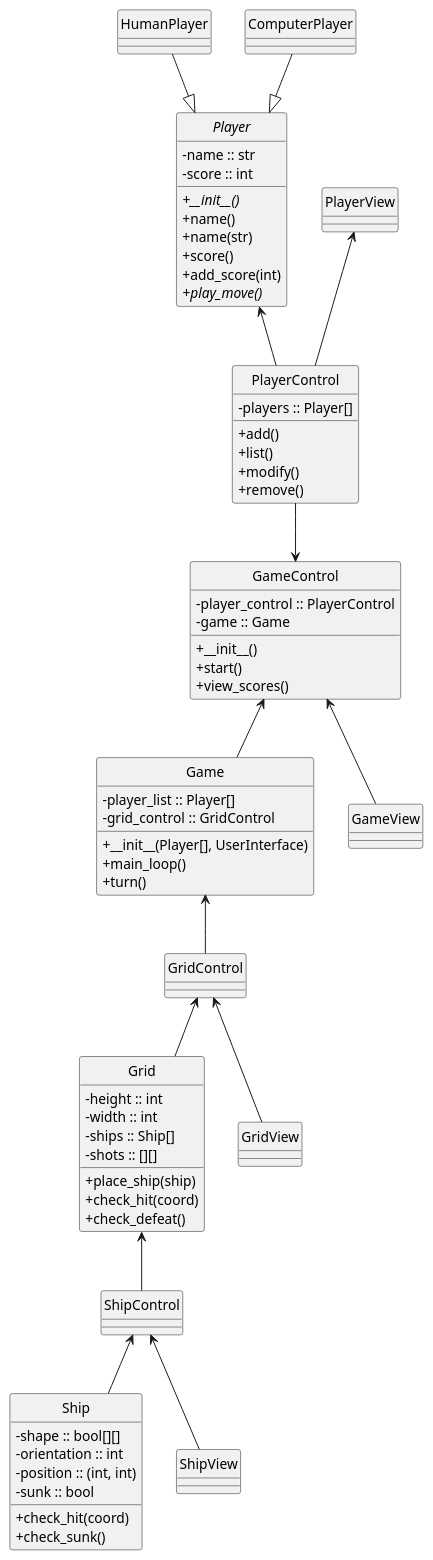
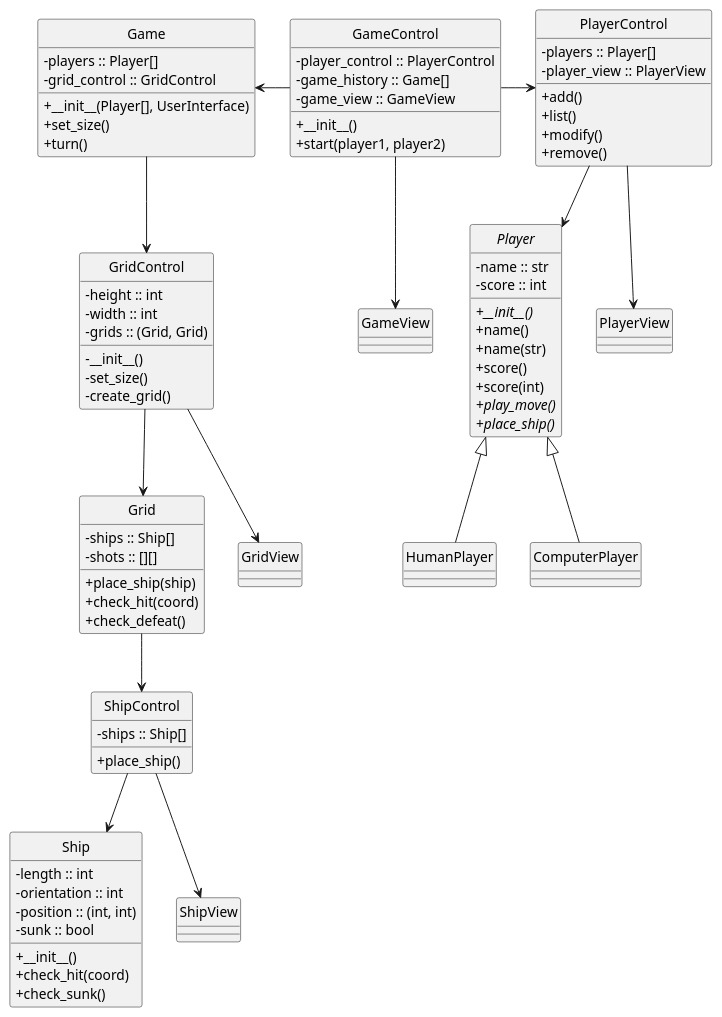
The diagram in uml_diagram.puml (leoniro/battleship), drawn with PlantUML before and after one commit. The commit also changed 4 other files, not shown here.

Commit message:
diagrama atualizado

```diff
--- a/uml_diagram.puml
+++ b/uml_diagram.puml
@@ -1,79 +1,112 @@
 @startuml battleship_class_diagram
 
 skinparam classAttributeIconSize 0
 'left to right direction
 hide circle
 
 class GameControl {
     - player_control :: PlayerControl
-    - game :: Game
+    - game_history :: Game[]
+    - game_view :: GameView
     + __init__()
-    + start()
-    + view_scores()
+    + start(player1, player2)
+}
+
+class Game {
+    - players :: Player[] 
+    - grid_control :: GridControl
+    + __init__(Player[], UserInterface)
+    + set_size()
+    + turn()
+}
+
+class GameView {
+
+}
+
+
+class GridControl {
+    - height :: int
+    - width :: int
+    - grids :: (Grid, Grid) {field}
+    - __init__()
+    - set_size()
+    - create_grid()
+}
+
+class Grid {
+    - ships :: Ship[]
+    - shots :: [][]
+    + place_ship(ship)
+    + check_hit(coord)
+    + check_defeat()
+}
+
+class GridView {
+
+}
+
+class ShipControl{
+    - ships :: Ship[]
+    + place_ship()
+}
+
+class Ship {
+    - length :: int
+    - orientation :: int
+    - position :: (int, int) {field}
+    - sunk :: bool
+    + __init__()
+    + check_hit(coord)
+    + check_sunk()
+}
+
+class ShipView {
+
 }
 
 class PlayerControl {
     - players :: Player[]
+    - player_view :: PlayerView
     + add()
     + list()
     + modify()
     + remove()
 }
 
-
-class Grid {
-    - height :: int
-    - width :: int
-    - ships :: Ship[]
-    - shots :: [][]
-    + place_ship(ship)
-    + check_hit(coord)
-    + check_defeat()
-}
-class Game {
-    - player_list :: Player[] 
-    - grid_control :: GridControl
-    + __init__(Player[], UserInterface)
-    + main_loop()
-    + turn()
-}
 abstract class Player {
     - name :: str
     - score :: int
     + __init__() {abstract}
     + name()
     + name(str)
     + score()
-    + add_score(int)
+    + score(int)
     + play_move() {abstract}
+    + place_ship() {abstract}
 }
 
-class Ship {
-    - shape :: bool[][]
-    - orientation :: int
-    - position :: (int, int) {field}
-    - sunk :: bool
-    + check_hit(coord)
-    + check_sunk()
+class PlayerView {
+
 }
 
 class HumanPlayer {}
 class ComputerPlayer {}
 
-PlayerControl --> GameControl
-Player <-- PlayerControl
-PlayerView <-- PlayerControl
+PlayerControl <-l- GameControl
+Player <-u- PlayerControl
+PlayerView <-u- PlayerControl
 
-HumanPlayer --|> Player
-ComputerPlayer --|> Player
+HumanPlayer -u-|> Player
+ComputerPlayer -u-|> Player
 
-GameControl <-- Game
-GameControl <-- GameView
-Game <-- GridControl
-GridControl <-- Grid
-GridControl <-- GridView
-Grid <-- ShipControl
-ShipControl <-- Ship
-ShipControl <-- ShipView
+GameControl -l-> Game
+GameControl --> GameView
+Game --> GridControl
+GridControl --> Grid
+GridControl --> GridView
+Grid --> ShipControl
+ShipControl --> Ship
+ShipControl --> ShipView
 
 @enduml
```
